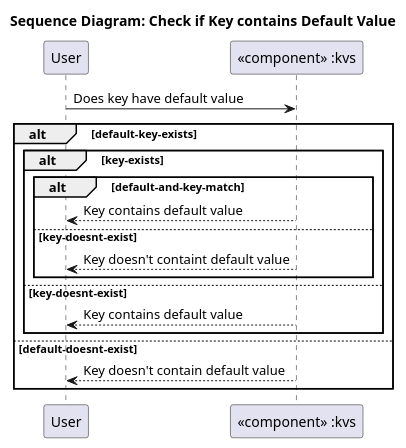
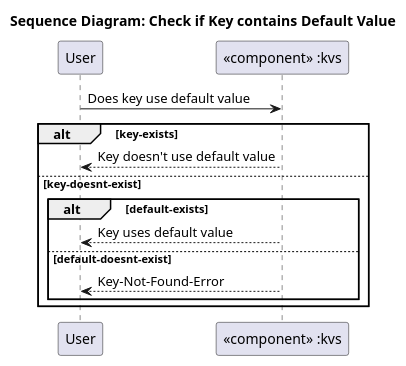
The diagram in docs/features/persistency/architecture/_assets/kvs_dyn_check_value_default.puml (esrlabs/inc_mw_per), drawn with PlantUML before and after one commit. The commit also changed 13 other files, not shown here.

First line of the commit message:
docs:update feature architecture and component achitecture (#458)

```diff
--- a/docs/features/persistency/architecture/_assets/kvs_dyn_check_value_default.puml
+++ b/docs/features/persistency/architecture/_assets/kvs_dyn_check_value_default.puml
@@ -14,24 +14,20 @@
 @startuml
 
 title Sequence Diagram: Check if Key contains Default Value
 
 participant "User" as actor
 participant "«component» :kvs" as kvs
 
-actor -> kvs: Does key have default value
+actor -> kvs: Does key use default value
 
-alt default-key-exists
-    alt key-exists
-        alt default-and-key-match
-            kvs --> actor: Key contains default value
-        else key-doesnt-exist
-            kvs --> actor: Key doesn't containt default value
-        end
-    else key-doesnt-exist
-        kvs --> actor: Key contains default value
+alt key-exists
+    kvs --> actor: Key doesn't use default value
+else key-doesnt-exist
+    alt default-exists
+        kvs --> actor: Key uses default value
+    else default-doesnt-exist
+        kvs --> actor: Key-Not-Found-Error
     end
-else default-doesnt-exist
-    kvs --> actor: Key doesn't contain default value
 end
 
 @enduml
```
